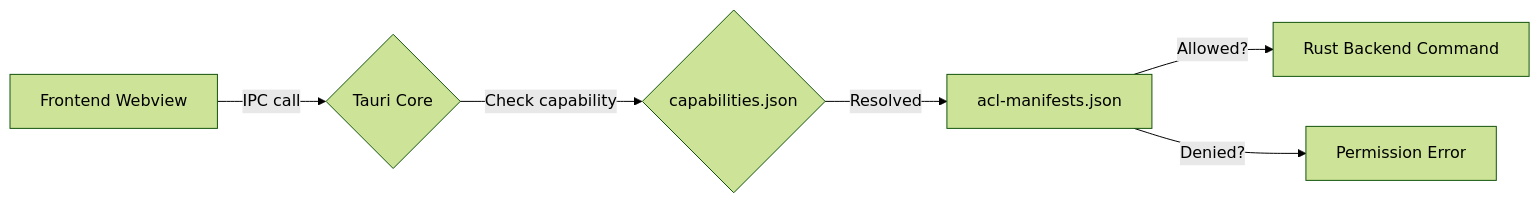
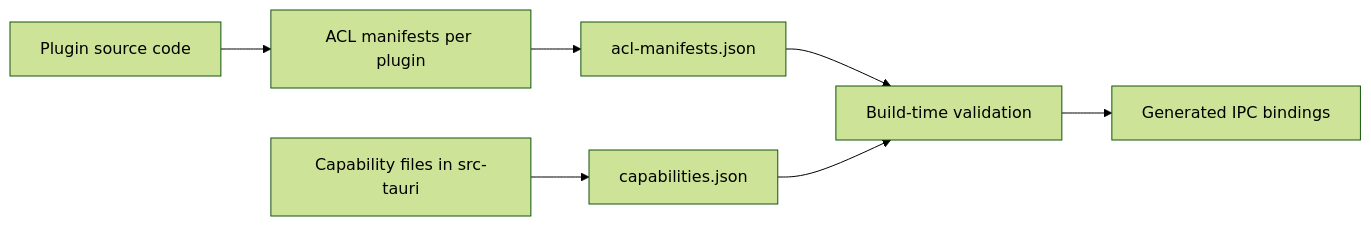
Before and after one commit to leszek3737/librefang-WIki: the diagram in other-librefang-desktop-gen.md, drawn with Mermaid (forest theme). The commit also changed other lines of this file and 125 other files, not shown here.

````diff
--- a/other-librefang-desktop-gen.md
+++ b/other-librefang-desktop-gen.md
@@ -123,8 +127,9 @@
 ```mermaid
 flowchart LR
-    A[Frontend Webview] -->|IPC call| B{Tauri Core}
-    B -->|Check capability| C{capabilities.json}
-    C -->|Resolved| D[acl-manifests.json]
-    D -->|Allowed?| E[Rust Backend Command]
-    D -->|Denied?| F[Permission Error]
+    A[Plugin source code] --> B[ACL manifests per plugin]
+    B --> C[acl-manifests.json]
+    D[Capability files in src-tauri] --> E[capabilities.json]
+    C --> F[Build-time validation]
+    E --> F
+    F --> G[Generated IPC bindings]
 ```
````
